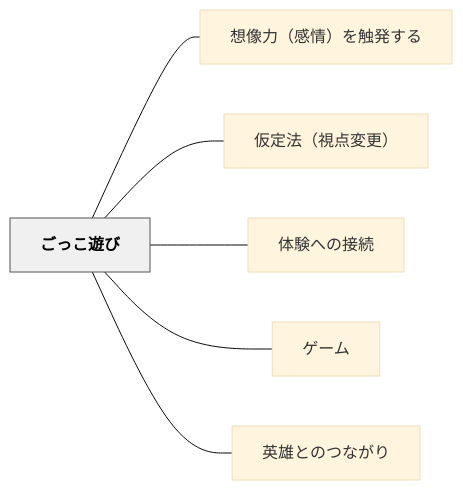
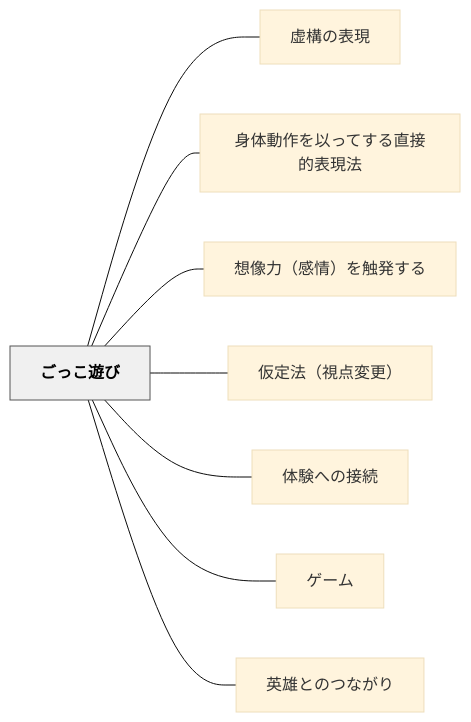
The diagram in content/パタン/ごっこ遊び.md (unknownthings-ed-patterns/unknownthings-ed-patterns), drawn with Mermaid (base theme) before and after one commit. The commit also changed other lines of this file and 473 other files, not shown here.

````diff
--- a/content/パタン/ごっこ遊び.md
+++ b/content/パタン/ごっこ遊び.md
@@ -48,18 +50,22 @@
 ```mermaid
 flowchart LR
     ne38194e381a3["ごっこ遊び"]
+    ne8999ae6a78b["虚構の表現"]
+    ne8baabe4bd93["身体動作を以ってする直接的表現法"]
     ne683b3e5838f["想像力（感情）を触発する"]
     ne4bbaee5ae9a["仮定法（視点変更）"]
     ne4bd93e9a893["体験への接続"]
     ne382b2e383bc["ゲーム"]
     ne88bb1e99b84["英雄とのつながり"]
 
+    ne38194e381a3 --- ne8999ae6a78b
+    ne38194e381a3 --- ne8baabe4bd93
     ne38194e381a3 --- ne683b3e5838f
     ne38194e381a3 --- ne4bbaee5ae9a
     ne38194e381a3 --- ne4bd93e9a893
     ne38194e381a3 --- ne382b2e383bc
     ne38194e381a3 --- ne88bb1e99b84
 
     classDef hub fill:#f0f0f0,stroke:#555,color:#000,font-weight:bold
     class ne38194e381a3 hub
 ```
````
